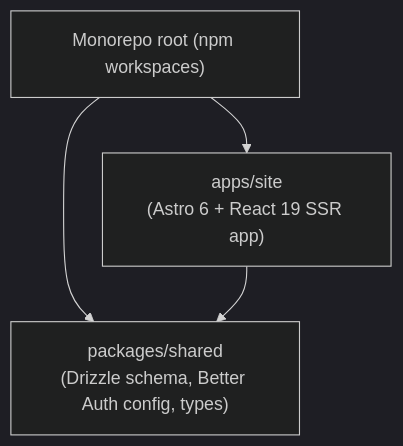
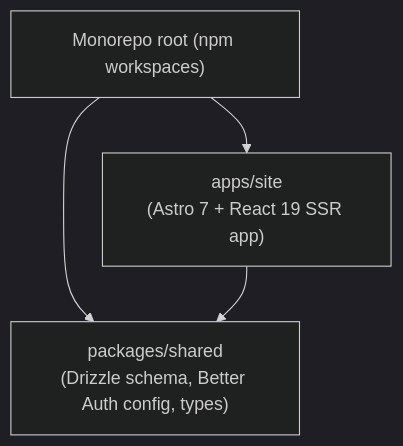
Before and after one commit to stevenfackley/steveackley-website: the diagram in docs/SDD.md, drawn with Mermaid (dark theme). The commit also changed 122 other files, not shown here.

````diff
--- a/docs/SDD.md
+++ b/docs/SDD.md
@@ -5,6 +5,6 @@
 ```mermaid
 flowchart TB
-    root["Monorepo root (npm workspaces)"] --> site["apps/site<br/>(Astro 6 + React 19 SSR app)"]
+    root["Monorepo root (npm workspaces)"] --> site["apps/site<br/>(Astro 7 + React 19 SSR app)"]
     root --> shared["packages/shared<br/>(Drizzle schema, Better Auth config, types)"]
     site --> shared
 ```
````
